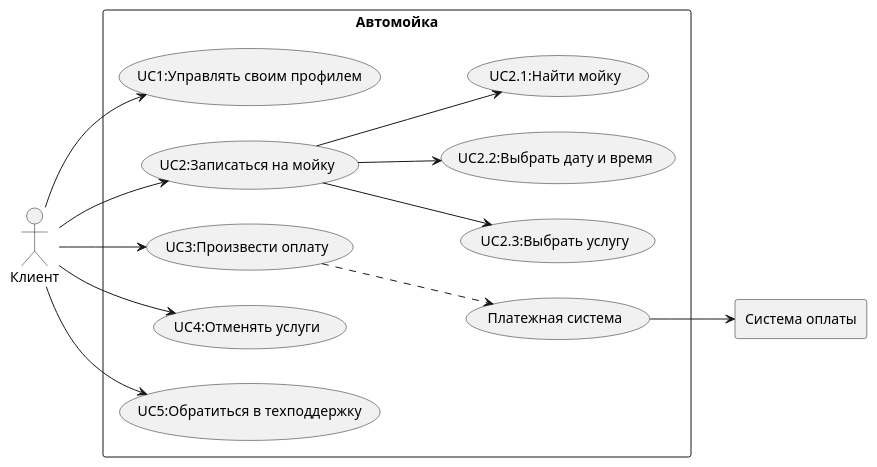
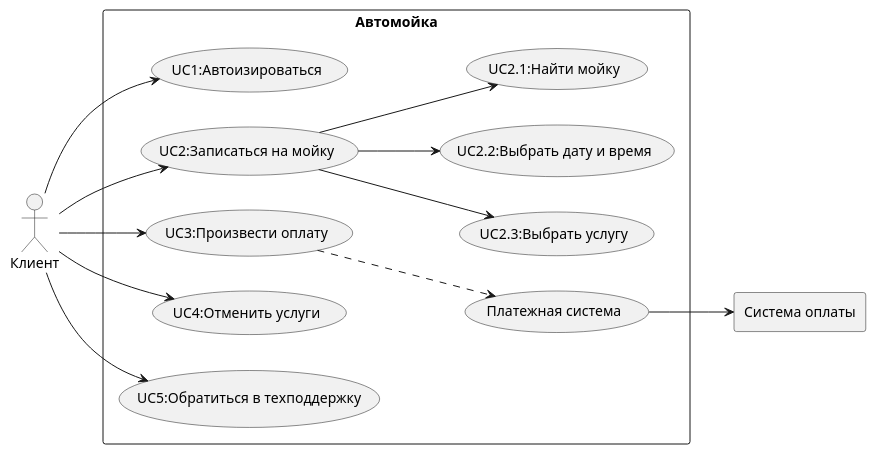
Before and after one commit to MaximOdichal/IIS2: the diagram in UserCase.md, drawn with PlantUML.

````diff
--- a/UserCase.md
+++ b/UserCase.md
@@ -31,29 +31,29 @@
 ```plantuml
 
 @startuml
     left to right direction
     actor "Клиент" as client
     rectangle "Система оплаты" as r1
     rectangle "Автомойка" {
-        usecase "UC1:Управлять своим профилем" as UC1
+        usecase "UC1:Автоизироваться" as UC1
         usecase "UC2:Записаться на мойку" as UC2
         usecase "UC2.3:Выбрать услугу" as UC2.3
         usecase "UC2.2:Выбрать дату и время" as UC2.2
         usecase "UC2.1:Найти мойку" as UC2.1
         usecase "UC3:Произвести оплату" as UC3
-        usecase "UC4:Отменять услуги" as UC4
+        usecase "UC4:Отменить услуги" as UC4
         usecase "UC5:Обратиться в техподдержку" as UC5
         usecase "Платежная система" as US1
     }
       
     client --> UC1
     client --> UC2
     UC2 --> UC2.1
     UC2 --> UC2.2
     UC2 --> UC2.3
     client --> UC3
     client --> UC4
     client --> UC5
     UC3 ..> US1
     US1 --> r1
 ```
````
